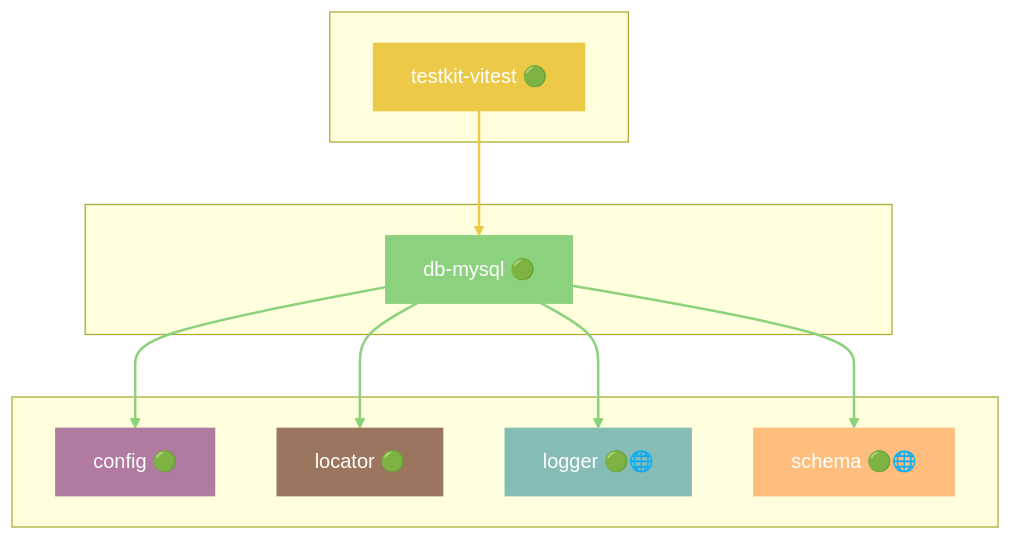
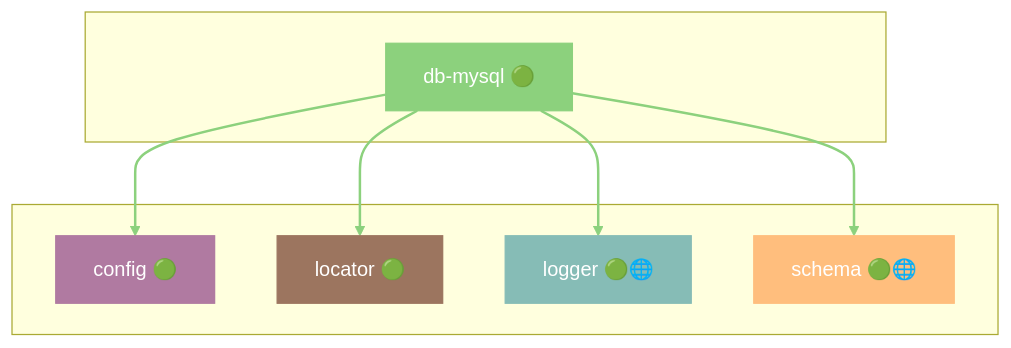
Before and after one commit to grest-ts/grest-ts: diagram 13 of 46 in docs/DEPENDENCIES.md, drawn with Mermaid. The commit also changed other lines of this file and 2 other files, not shown here.

````diff
--- a/docs/DEPENDENCIES.md
+++ b/docs/DEPENDENCIES.md
@@ -835,31 +809,25 @@
 ```mermaid
 flowchart TB
-    subgraph Dependents[" "]
-        testkit-vitest["testkit-vitest 🟢"]
-    end
     subgraph Package[" "]
         db-mysql["db-mysql 🟢"]
     end
     subgraph Dependencies[" "]
         config["config 🟢"]
         locator["locator 🟢"]
         logger["logger 🟢🌐"]
         schema["schema 🟢🌐"]
     end
-    testkit-vitest --> db-mysql
     db-mysql --> config
     db-mysql --> locator
     db-mysql --> logger
     db-mysql --> schema
     style db-mysql fill:#8CD17D,stroke:#8CD17D,color:#fff
-    style testkit-vitest fill:#EDC948,stroke:#EDC948,color:#fff
     style config fill:#B07AA1,stroke:#B07AA1,color:#fff
     style locator fill:#9C755F,stroke:#9C755F,color:#fff
     style logger fill:#86BCB6,stroke:#86BCB6,color:#fff
     style schema fill:#FFBE7D,stroke:#FFBE7D,color:#fff
-    linkStyle 0 stroke:#EDC948,stroke-width:2px
+    linkStyle 0 stroke:#8CD17D,stroke-width:2px
     linkStyle 1 stroke:#8CD17D,stroke-width:2px
     linkStyle 2 stroke:#8CD17D,stroke-width:2px
     linkStyle 3 stroke:#8CD17D,stroke-width:2px
-    linkStyle 4 stroke:#8CD17D,stroke-width:2px
 ```
````
